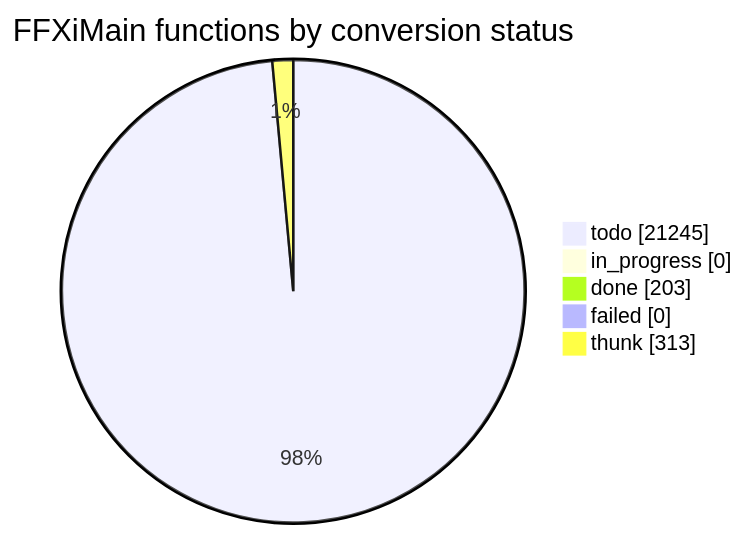
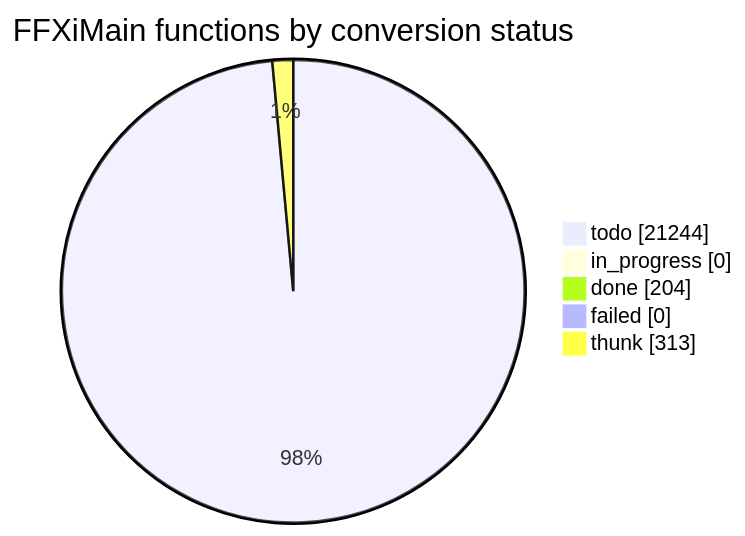
Before and after one commit to cowrevenge/cow_kuluu_xi_anything: the diagram in docs/cow/STATUS.md, drawn with Mermaid. The commit also changed other lines of this file and 9 other files, not shown here.

````diff
--- a/docs/cow/STATUS.md
+++ b/docs/cow/STATUS.md
@@ -18,9 +18,9 @@
 ```mermaid
 pie showData
     title FFXiMain functions by conversion status
-    "todo" : 21245
+    "todo" : 21244
     "in_progress" : 0
-    "done" : 203
+    "done" : 204
     "failed" : 0
     "thunk" : 313
 ```
````
